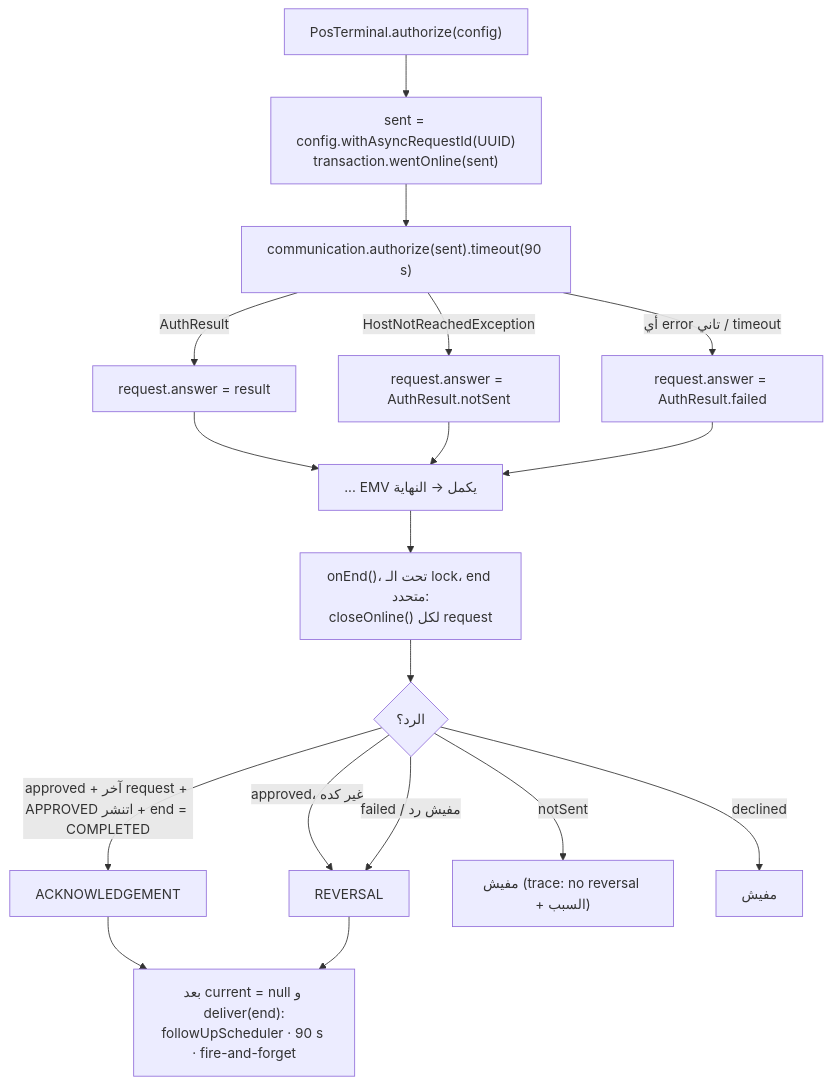
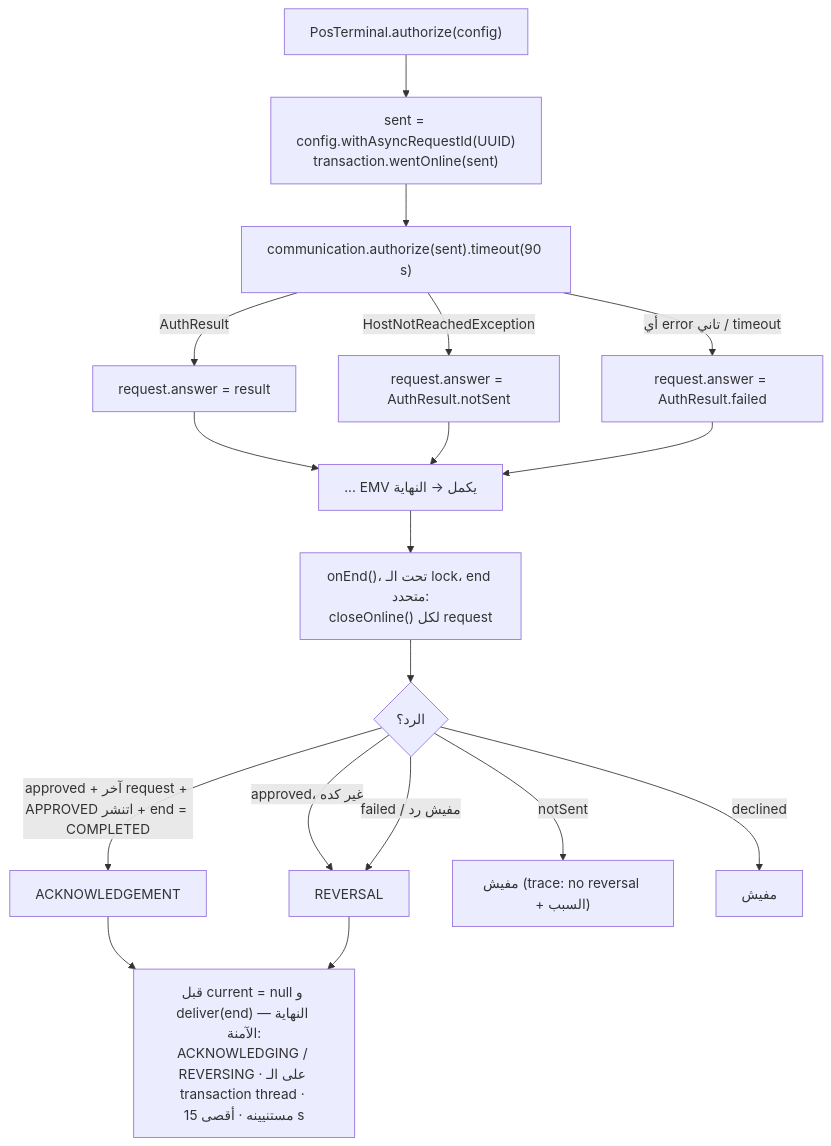
Before and after one commit to berothomas33/esaylinkrefactor: the third of 9 diagrams in doc/REFERENCE.md, drawn with Mermaid. The commit also changed other lines of this file and 4 other files, not shown here.

````diff
--- a/doc/REFERENCE.md
+++ b/doc/REFERENCE.md
@@ -415,17 +417,17 @@
 ```mermaid
 flowchart TD
   A["PosTerminal.authorize(config)"] --> N["sent = config.withAsyncRequestId(UUID)<br/>transaction.wentOnline(sent)"]
   N --> C["communication.authorize(sent).timeout(90 s)"]
   C -- "AuthResult" --> R["request.answer = result"]
   C -- "HostNotReachedException" --> NS["request.answer = AuthResult.notSent"]
   C -- "أي error تاني / timeout" --> F["request.answer = AuthResult.failed"]
   R & NS & F --> E["... EMV يكمل → النهاية"]
   E --> CO["onEnd()، تحت الـ lock، end متحدد:<br/>closeOnline() لكل request"]
   CO --> D{"الرد؟"}
   D -- "approved + آخر request + APPROVED اتنشر + end = COMPLETED" --> ACK["ACKNOWLEDGEMENT"]
   D -- "approved، غير كده" --> REV["REVERSAL"]
   D -- "failed / مفيش رد" --> REV
   D -- "notSent" --> NO1["مفيش (trace: no reversal + السبب)"]
   D -- "declined" --> NO2["مفيش"]
-  ACK & REV --> FU["بعد current = null و deliver(end):<br/>followUpScheduler · 90 s · fire-and-forget"]
+  ACK & REV --> FU["قبل current = null و deliver(end) — النهاية الآمنة:<br/>ACKNOWLEDGING / REVERSING · على الـ transaction thread · مستنيينه · أقصى 15 s"]
 ```
````
